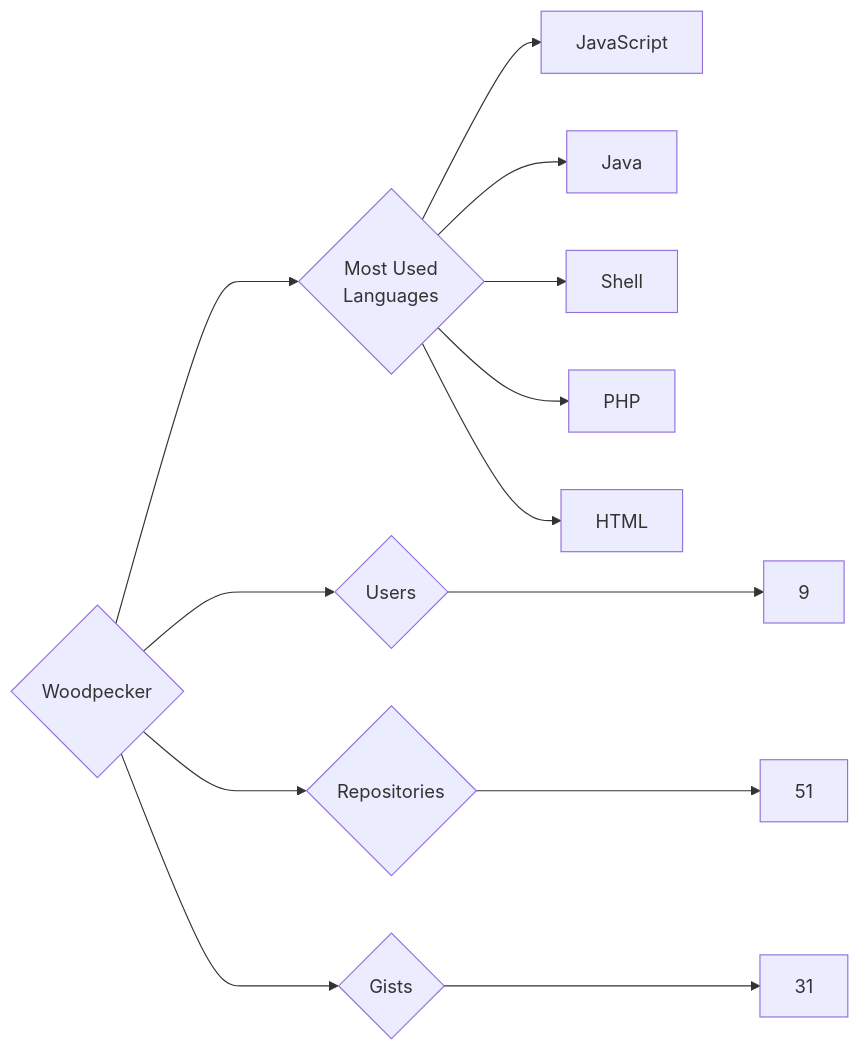
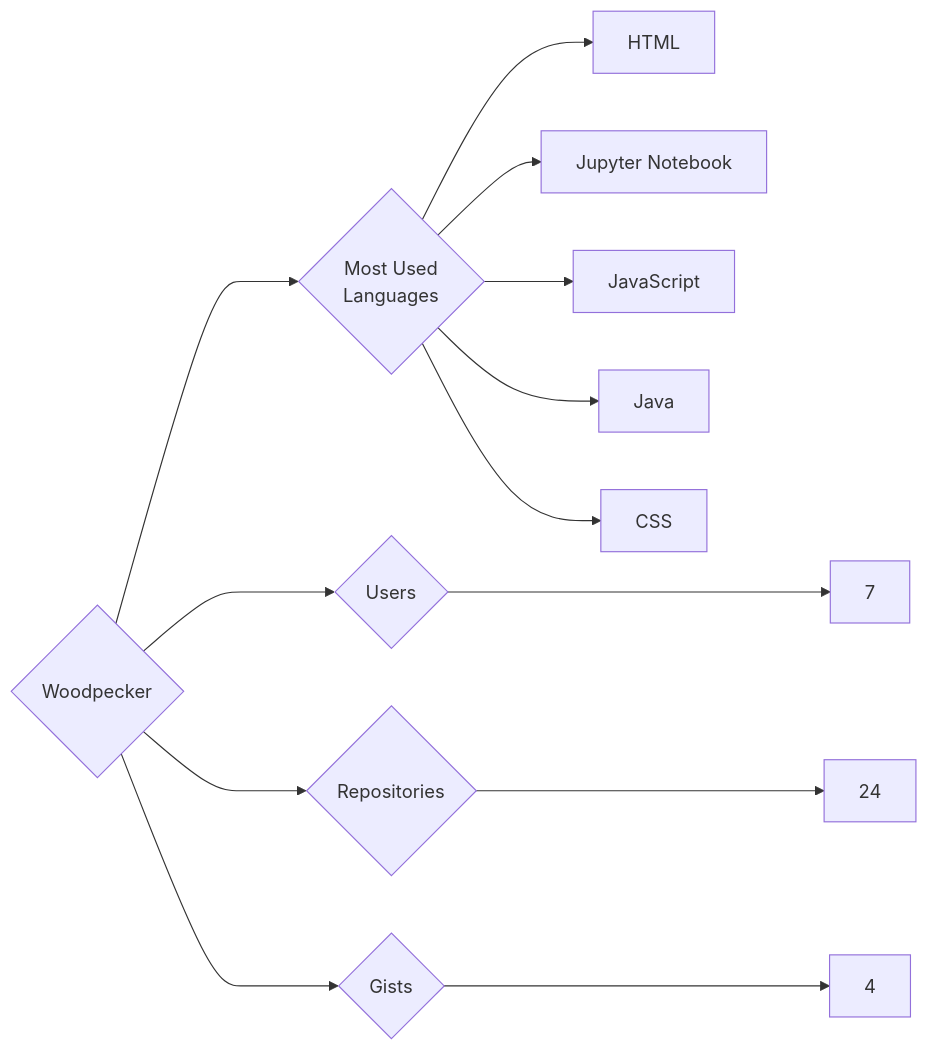
Before and after one commit to trickest/insiders: the diagram in targets/Woodpecker/README.md, drawn with Mermaid. The commit also changed 597 other files, not shown here.

````diff
--- a/targets/Woodpecker/README.md
+++ b/targets/Woodpecker/README.md
@@ -3,13 +3,13 @@
 ```mermaid
 graph LR
 COMPANY_NAME{Woodpecker}
-COMPANY_NAME ---> U{Users} ---> UN[9]
-COMPANY_NAME ---> R{Repositories} ---> RN[51]
-COMPANY_NAME ---> G{Gists} ---> GN[31]
+COMPANY_NAME ---> U{Users} ---> UN[7]
+COMPANY_NAME ---> R{Repositories} ---> RN[24]
+COMPANY_NAME ---> G{Gists} ---> GN[4]
 COMPANY_NAME ---> ML{Most Used<br>Languages}
+ML --> HTML[HTML]
+ML --> Jupyter_Notebook[Jupyter Notebook]
 ML --> JavaScript[JavaScript]
 ML --> Java[Java]
-ML --> Shell[Shell]
-ML --> PHP[PHP]
-ML --> HTML[HTML]
+ML --> CSS[CSS]
 ```
````
